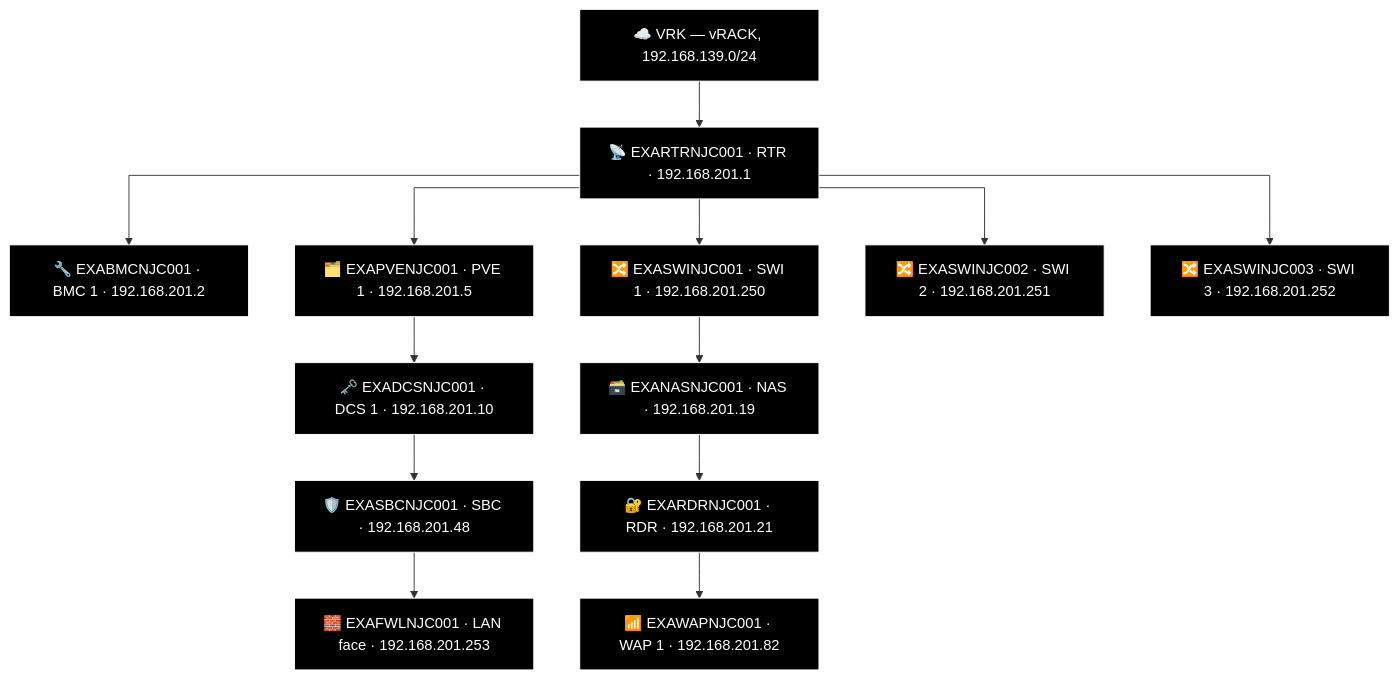
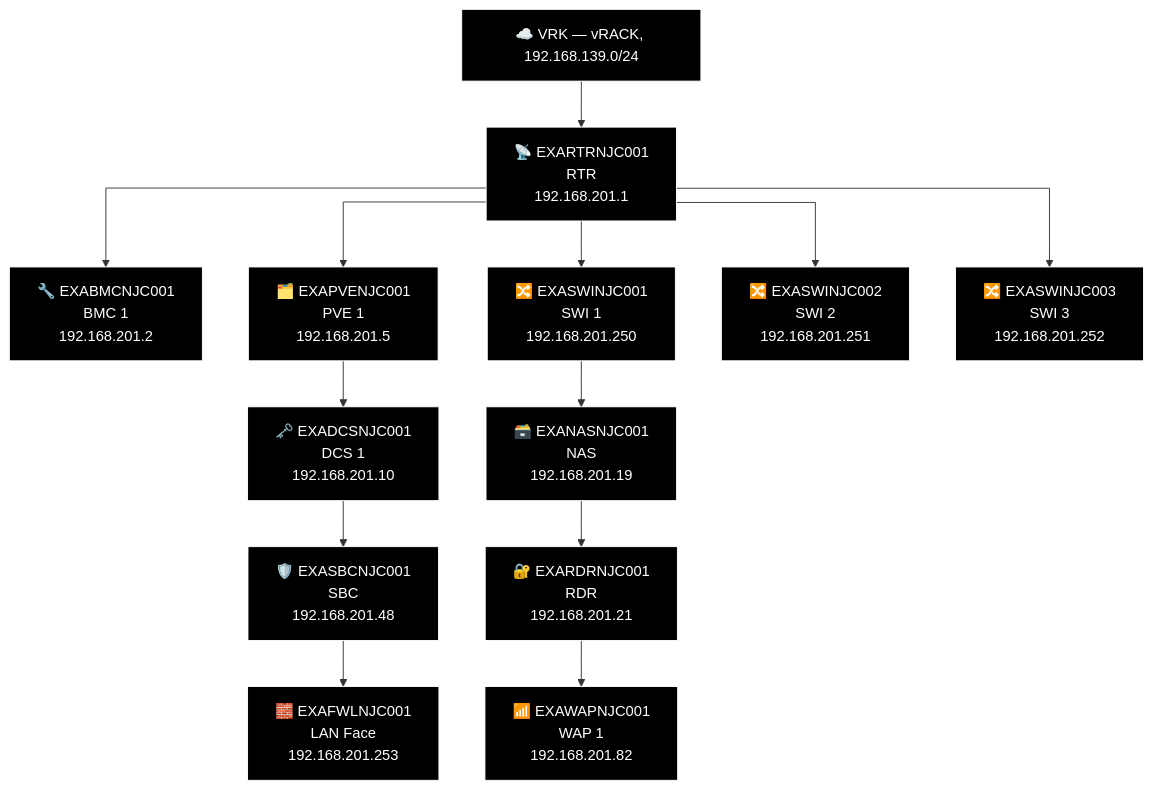
One commit to knightmare2600/example_music_infra changed the sixth of 16 diagrams in docs/network-diagram/united-states.md. Above: the diagram before and after it, drawn with Mermaid. The commit also changed other lines of this file and 18 other files, not shown here.

````diff
--- a/docs/network-diagram/united-states.md
+++ b/docs/network-diagram/united-states.md
@@ -233,40 +233,40 @@
 ```mermaid
 %% GENERATED:TOPOLOGY:NJC:START
 %%{init: {'flowchart': {'curve': 'stepAfter'}}}%%
 graph TD
     T_VRK["☁️ VRK — vRACK, 192.168.139.0/24"]
-    T_RTR["📡 EXARTRNJC001 · RTR · 192.168.201.1"]
+    T_RTR["📡 EXARTRNJC001<br/>RTR<br/>192.168.201.1"]
     T_VRK --> T_RTR
-    T_BMC["🔧 EXABMCNJC001 · BMC 1 · 192.168.201.2"]
+    T_BMC["🔧 EXABMCNJC001<br/>BMC 1<br/>192.168.201.2"]
     T_RTR --> T_BMC
-    T_PVE["🗂️ EXAPVENJC001 · PVE 1 · 192.168.201.5"]
+    T_PVE["🗂️ EXAPVENJC001<br/>PVE 1<br/>192.168.201.5"]
     T_RTR --> T_PVE
-    T_SWI["🔀 EXASWINJC001 · SWI 1 · 192.168.201.250"]
+    T_SWI["🔀 EXASWINJC001<br/>SWI 1<br/>192.168.201.250"]
     T_RTR --> T_SWI
-    T_SWI2["🔀 EXASWINJC002 · SWI 2 · 192.168.201.251"]
+    T_SWI2["🔀 EXASWINJC002<br/>SWI 2<br/>192.168.201.251"]
     T_RTR --> T_SWI2
-    T_SWI3["🔀 EXASWINJC003 · SWI 3 · 192.168.201.252"]
+    T_SWI3["🔀 EXASWINJC003<br/>SWI 3<br/>192.168.201.252"]
     T_RTR --> T_SWI3
-    T_NAS["🗃️ EXANASNJC001 · NAS · 192.168.201.19"]
-    T_RDR["🔐 EXARDRNJC001 · RDR · 192.168.201.21"]
-    T_WAP["📶 EXAWAPNJC001 · WAP 1 · 192.168.201.82"]
+    T_NAS["🗃️ EXANASNJC001<br/>NAS<br/>192.168.201.19"]
+    T_RDR["🔐 EXARDRNJC001<br/>RDR<br/>192.168.201.21"]
+    T_WAP["📶 EXAWAPNJC001<br/>WAP 1<br/>192.168.201.82"]
     T_SWI --> T_NAS --> T_RDR --> T_WAP
-    T_DCS["🗝️ EXADCSNJC001 · DCS 1 · 192.168.201.10"]
-    T_SBC["🛡️ EXASBCNJC001 · SBC · 192.168.201.48"]
-    T_FWL["🧱 EXAFWLNJC001 · LAN face · 192.168.201.253"]
+    T_DCS["🗝️ EXADCSNJC001<br/>DCS 1<br/>192.168.201.10"]
+    T_SBC["🛡️ EXASBCNJC001<br/>SBC<br/>192.168.201.48"]
+    T_FWL["🧱 EXAFWLNJC001<br/>LAN Face<br/>192.168.201.253"]
     T_PVE --> T_DCS --> T_SBC --> T_FWL
     style T_VRK fill:#000000,stroke:#FFFFFF,color:#FFFFFF
     style T_RTR fill:#000000,stroke:#FFFFFF,color:#FFFFFF
     style T_BMC fill:#000000,stroke:#FFFFFF,color:#FFFFFF
     style T_PVE fill:#000000,stroke:#FFFFFF,color:#FFFFFF
     style T_SWI fill:#000000,stroke:#FFFFFF,color:#FFFFFF
     style T_SWI2 fill:#000000,stroke:#FFFFFF,color:#FFFFFF
     style T_SWI3 fill:#000000,stroke:#FFFFFF,color:#FFFFFF
     style T_NAS fill:#000000,stroke:#FFFFFF,color:#FFFFFF
     style T_RDR fill:#000000,stroke:#FFFFFF,color:#FFFFFF
     style T_WAP fill:#000000,stroke:#FFFFFF,color:#FFFFFF
     style T_DCS fill:#000000,stroke:#FFFFFF,color:#FFFFFF
     style T_SBC fill:#000000,stroke:#FFFFFF,color:#FFFFFF
     style T_FWL fill:#000000,stroke:#FFFFFF,color:#FFFFFF
 %% GENERATED:TOPOLOGY:NJC:END
 ```
````
